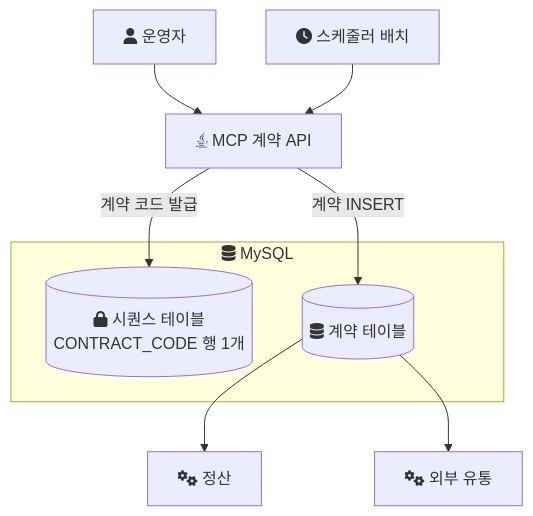
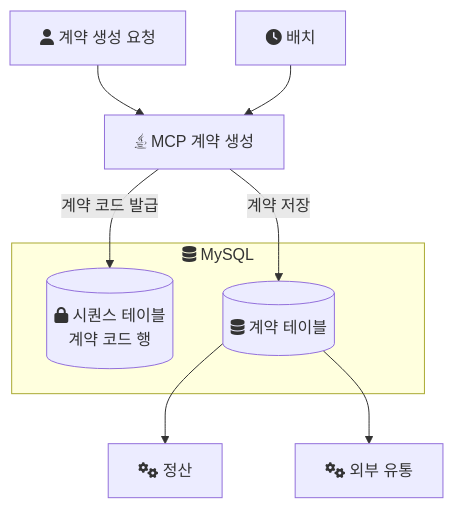
Before and after one commit to polynomeer/polynomeer.github.io: the first of 2 diagrams in _posts/notes/common/2026-01-03-sequence-part1.md, drawn with Mermaid. The commit also changed other lines of this file, not shown here.

Commit message:
docs(notes): drop the unrecorded insert tuning episode from sequence part 1

````diff
--- a/_posts/notes/common/2026-01-03-sequence-part1.md
+++ b/_posts/notes/common/2026-01-03-sequence-part1.md
@@ -33,13 +33,13 @@
 ```mermaid
 flowchart TD
-    OP["fa:fa-user 운영자"] --> API["fab:fa-java MCP 계약 API"]
-    SCH["fa:fa-clock 스케줄러 배치"] --> API
+    REQ["fa:fa-user 계약 생성 요청"] --> API["fab:fa-java MCP 계약 생성"]
+    BAT["fa:fa-clock 배치"] --> API
     subgraph DB["fa:fa-database MySQL"]
-        SEQ[("fa:fa-lock 시퀀스 테이블<br/>CONTRACT_CODE 행 1개")]
+        SEQ[("fa:fa-lock 시퀀스 테이블<br/>계약 코드 행")]
         CT[("fa:fa-database 계약 테이블")]
     end
     API -->|"계약 코드 발급"| SEQ
-    API -->|"계약 INSERT"| CT
+    API -->|"계약 저장"| CT
     CT --> SET["fa:fa-gears 정산"]
     CT --> DIST["fa:fa-gears 외부 유통"]
 ```
````
